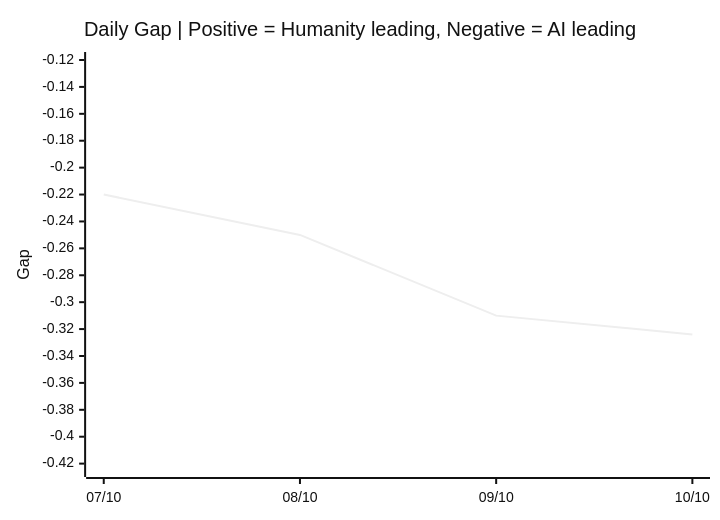
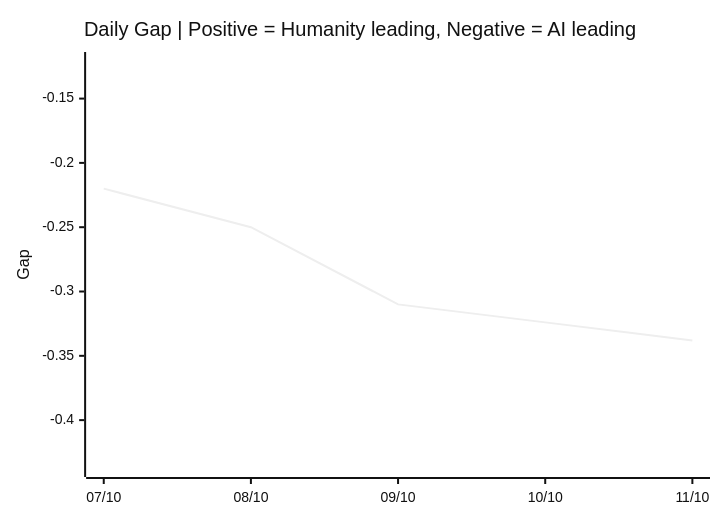
One commit to VQQLK/Human-AI-Monitor changed the third of 3 diagrams in README.md. Above: the diagram before and after it, drawn with Mermaid (neutral theme). The commit also changed other lines of this file and 5 other files, not shown here.

````diff
--- a/README.md
+++ b/README.md
@@ -55,7 +55,7 @@
 ```mermaid
 xychart-beta
     title "Daily Gap | Positive = Humanity leading, Negative = AI leading"
-    x-axis ["07/10", "08/10", "09/10", "10/10"]
-    y-axis "Gap" -0.424 --> -0.120
-    line [-0.220, -0.250, -0.310, -0.324]
+    x-axis ["07/10", "08/10", "09/10", "10/10", "11/10"]
+    y-axis "Gap" -0.438 --> -0.120
+    line [-0.220, -0.250, -0.310, -0.324, -0.338]
 ```
````
